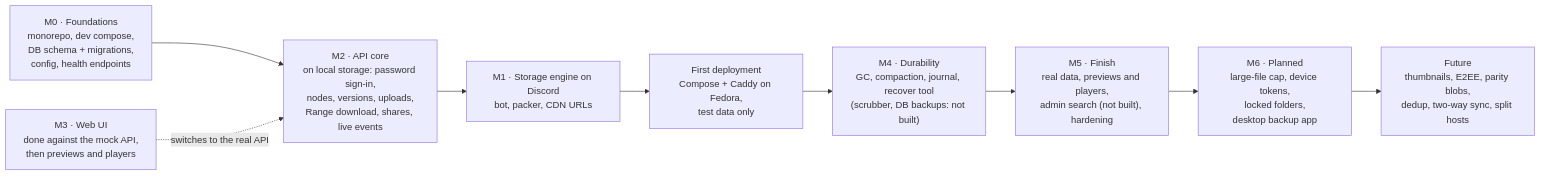
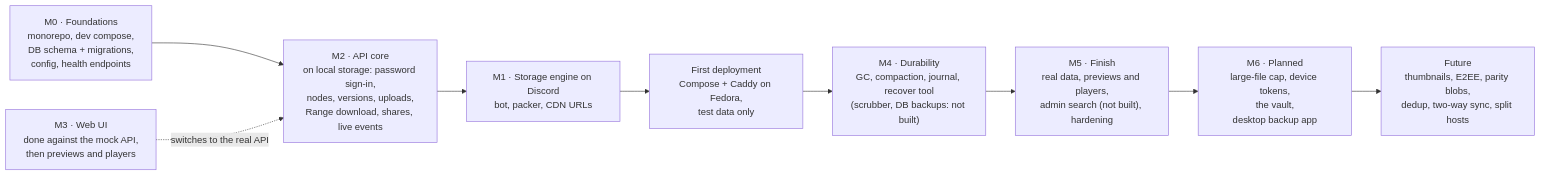
Before and after one commit to AlexB8675/DFS: diagram 11 of 11 in docs/DESIGN.md, drawn with Mermaid. The commit also changed other lines of this file, not shown here.

First line of the commit message:
Make locked folders one vault, and hold backups with three states

````diff
--- a/docs/DESIGN.md
+++ b/docs/DESIGN.md
@@ -1200,11 +1206,11 @@
 ```mermaid
 flowchart LR
     M0["M0 · Foundations<br/>monorepo, dev compose,<br/>DB schema + migrations,<br/>config, health endpoints"] --> M2["M2 · API core<br/>on local storage: password sign-in,<br/>nodes, versions, uploads,<br/>Range download, shares, live events"]
     M3["M3 · Web UI<br/>done against the mock API,<br/>then previews and players"] -.->|"switches to the real API"| M2
     M2 --> M1["M1 · Storage engine on Discord<br/>bot, packer, CDN URLs"]
     M1 --> DEP["First deployment<br/>Compose + Caddy on Fedora,<br/>test data only"]
     DEP --> M4["M4 · Durability<br/>GC, compaction, journal, recover tool<br/>(scrubber, DB backups: not built)"]
     M4 --> M5["M5 · Finish<br/>real data, previews and players,<br/>admin search (not built), hardening"]
-    M5 --> M6["M6 · Planned<br/>large-file cap, device tokens,<br/>locked folders,<br/>desktop backup app"]
+    M5 --> M6["M6 · Planned<br/>large-file cap, device tokens,<br/>the vault,<br/>desktop backup app"]
     M6 --> F["Future<br/>thumbnails, E2EE, parity blobs,<br/>dedup, two-way sync, split hosts"]
 ```
````
